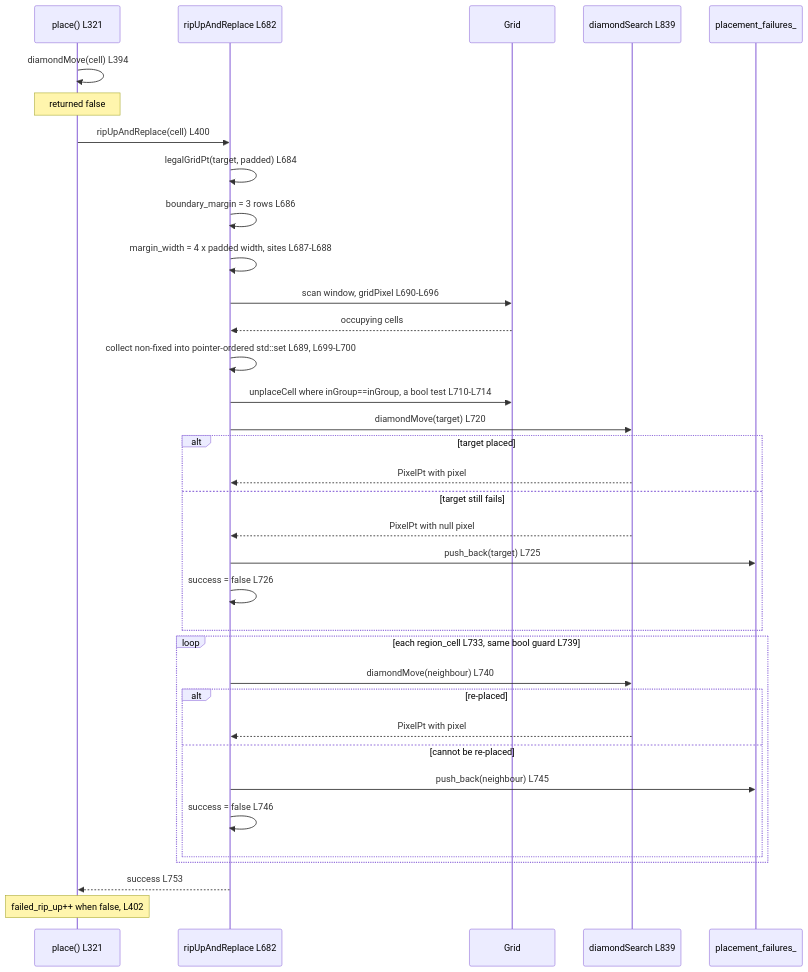
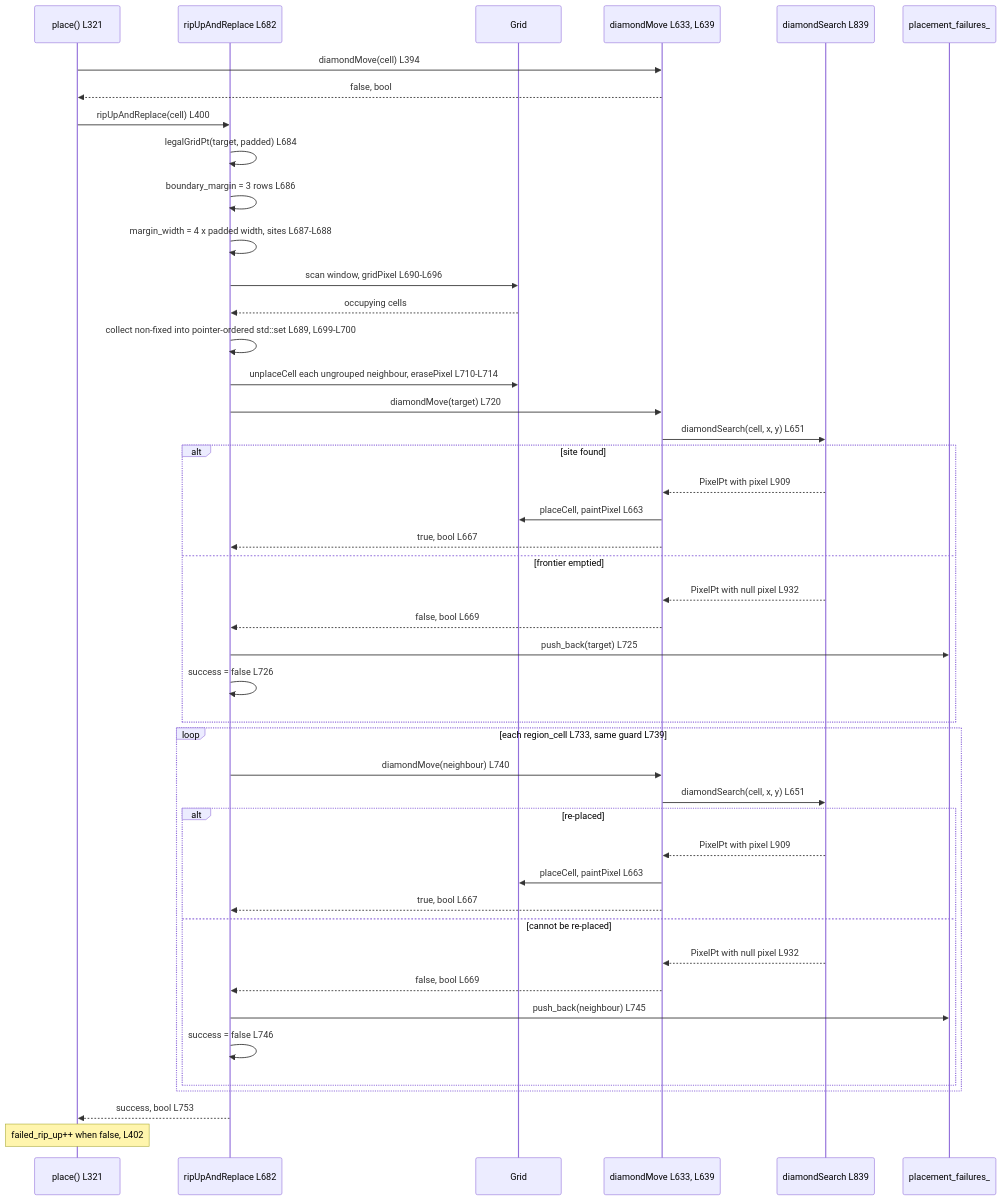
Before and after one commit to blitzy-research/OpenROAD: the sixth of 8 diagrams in src/dpl/doc/LegalizationAlgorithm.md, drawn with Mermaid. The commit also changed other lines of this file and 5 other files, not shown here.

````diff
--- a/src/dpl/doc/LegalizationAlgorithm.md
+++ b/src/dpl/doc/LegalizationAlgorithm.md
@@ -1766,38 +2182,48 @@
 ```mermaid
 sequenceDiagram
     participant P as place() L321
     participant R as ripUpAndReplace L682
     participant G as Grid
+    participant M as diamondMove L633, L639
     participant S as diamondSearch L839
     participant F as placement_failures_
 
-    P->>P: diamondMove(cell) L394
-    Note over P: returned false
+    P->>M: diamondMove(cell) L394
+    M-->>P: false, bool
     P->>R: ripUpAndReplace(cell) L400
     R->>R: legalGridPt(target, padded) L684
     R->>R: boundary_margin = 3 rows L686
     R->>R: margin_width = 4 x padded width, sites L687-L688
     R->>G: scan window, gridPixel L690-L696
     G-->>R: occupying cells
     R->>R: collect non-fixed into pointer-ordered std::set L689, L699-L700
-    R->>G: unplaceCell where inGroup==inGroup, a bool test L710-L714
-    R->>S: diamondMove(target) L720
-    alt target placed
-        S-->>R: PixelPt with pixel
-    else target still fails
-        S-->>R: PixelPt with null pixel
+    R->>G: unplaceCell each ungrouped neighbour, erasePixel L710-L714
+    R->>M: diamondMove(target) L720
+    M->>S: diamondSearch(cell, x, y) L651
+    alt site found
+        S-->>M: PixelPt with pixel L909
+        M->>G: placeCell, paintPixel L663
+        M-->>R: true, bool L667
+    else frontier emptied
+        S-->>M: PixelPt with null pixel L932
+        M-->>R: false, bool L669
         R->>F: push_back(target) L725
         R->>R: success = false L726
     end
-    loop each region_cell L733, same bool guard L739
-        R->>S: diamondMove(neighbour) L740
+    loop each region_cell L733, same guard L739
+        R->>M: diamondMove(neighbour) L740
+        M->>S: diamondSearch(cell, x, y) L651
         alt re-placed
-            S-->>R: PixelPt with pixel
+            S-->>M: PixelPt with pixel L909
+            M->>G: placeCell, paintPixel L663
+            M-->>R: true, bool L667
         else cannot be re-placed
+            S-->>M: PixelPt with null pixel L932
+            M-->>R: false, bool L669
             R->>F: push_back(neighbour) L745
             R->>R: success = false L746
         end
     end
-    R-->>P: success L753
+    R-->>P: success, bool L753
     Note over P: failed_rip_up++ when false, L402
 ```
````
